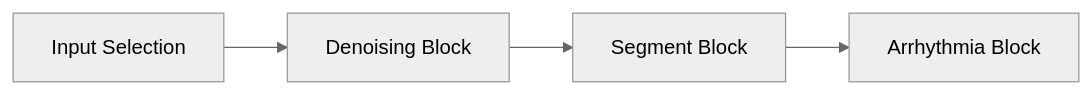
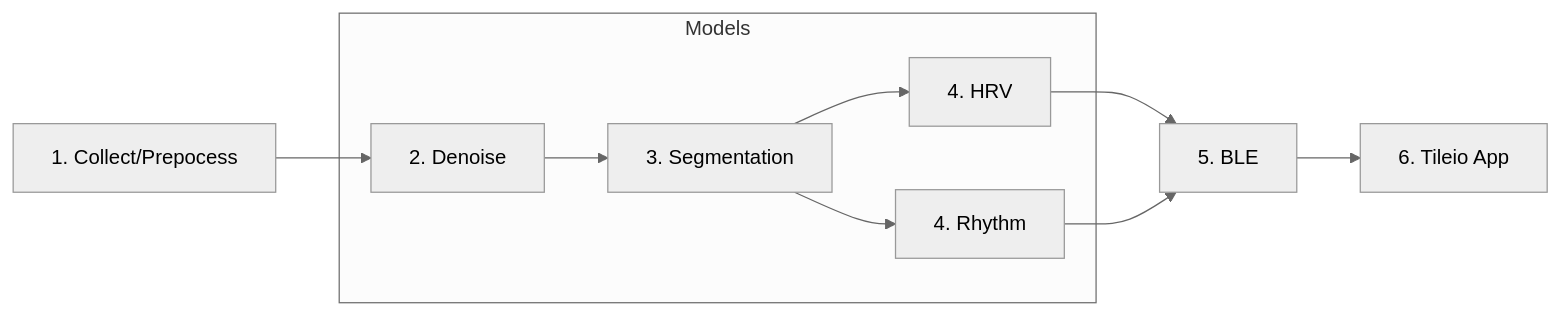
Before and after one commit to AmbiqAI/tileio-demos: the diagram in heartkit/README.md, drawn with Mermaid (neutral theme). The commit also changed other lines of this file and 6 other files, not shown here.

````diff
--- a/heartkit/README.md
+++ b/heartkit/README.md
@@ -14,6 +14,13 @@
 ```mermaid
 flowchart LR
-    INP[Input Selection] --> DEN[Denoising Block]
-    DEN --> SEG[Segment Block]
-    SEG --> ARR[Arrhythmia Block]
+    COLL[1. Collect/Prepocess] --> DEN
+    subgraph Models
+    DEN[2. Denoise] --> SEG
+    SEG[3. Segmentation] --> HRV
+    SEG[3. Segmentation] --> ARR
+    end
+    HRV[4. HRV] --> BLE
+    ARR[4. Rhythm] --> BLE
+    BLE[5. BLE] --> APP
+    APP[6. Tileio App]
 ```
````
